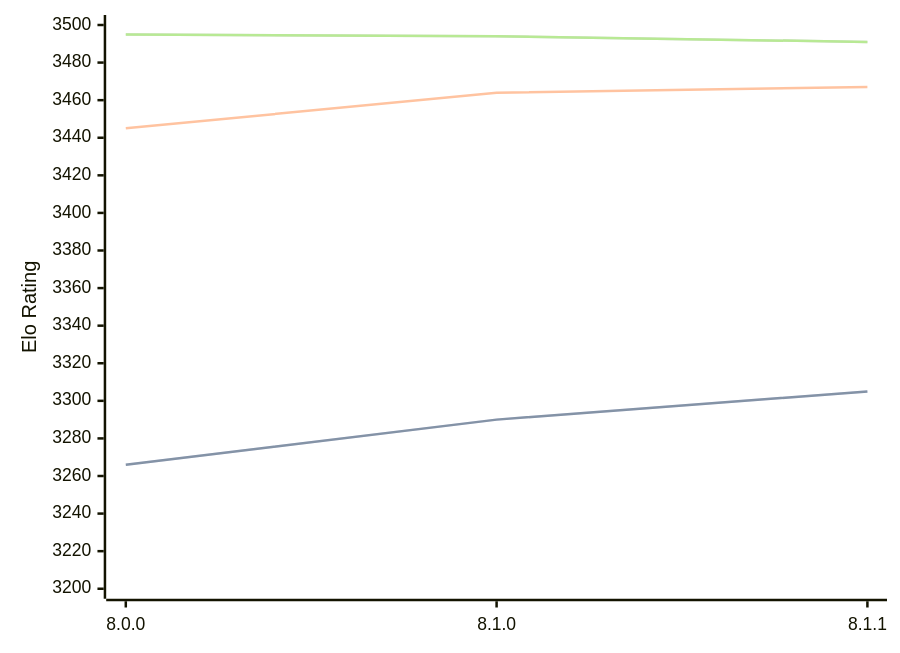
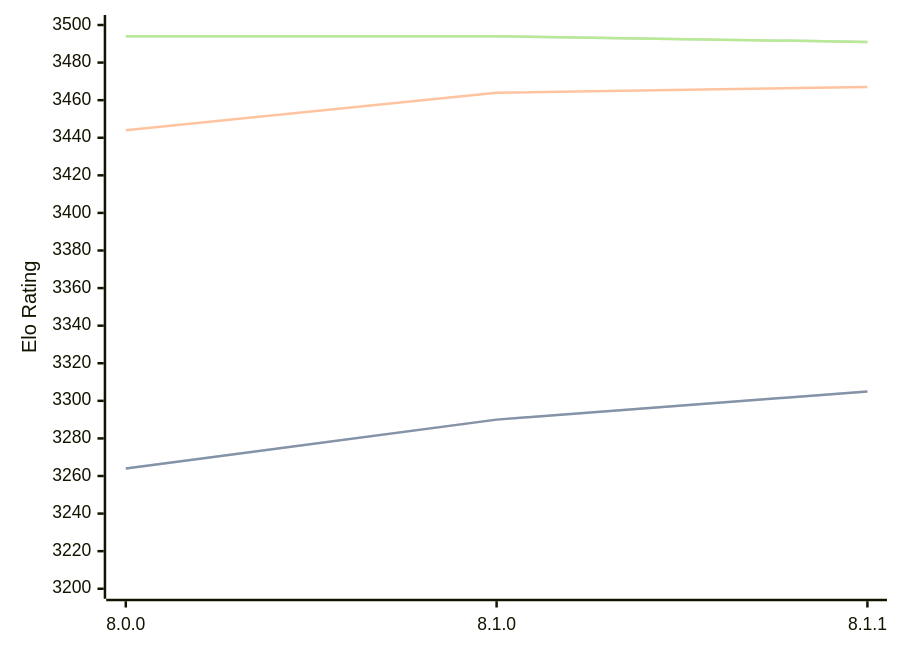
One commit to computer-chess-index/cci changed the diagram in engines/Velvet.md. Above: the diagram before and after it, drawn with Mermaid. The commit also changed other lines of this file, not shown here.

Commit message:
Update CCI Ratings (ELO VLTC) - 2026-03-24

````diff
--- a/engines/Velvet.md
+++ b/engines/Velvet.md
@@ -57,11 +57,11 @@
 ```mermaid
 %%{init: {"theme":"base","themeVariables":{"seriesColors:['#a3a3a3','#222221','#faa371']}}}%%
 xychart-beta
   x-axis ["8.0.0", "8.1.0", "8.1.1"]
   y-axis "Elo Rating" 3200 --> 3500
-  line "STC (8.0+0.08s)" [3266, 3290, 3305]
-  line "STC (8.0+0.08s)" [3266, 3290, 3305]
-  line "LTC (60.0+0.60s)" [3445, 3464, 3467]
-  line "VLTC (2m24s+1.12s)" [3495, 3494, 3491]
-  line "VLTC (2m24s+1.12s)" [3495, 3494, 3491]
+  line "STC (8.0+0.08s)" [3264, 3290, 3305]
+  line "STC (8.0+0.08s)" [3264, 3290, 3305]
+  line "LTC (60.0+0.60s)" [3444, 3464, 3467]
+  line "VLTC (2m24s+1.12s)" [3494, 3494, 3491]
+  line "VLTC (2m24s+1.12s)" [3494, 3494, 3491]
 ```
````
